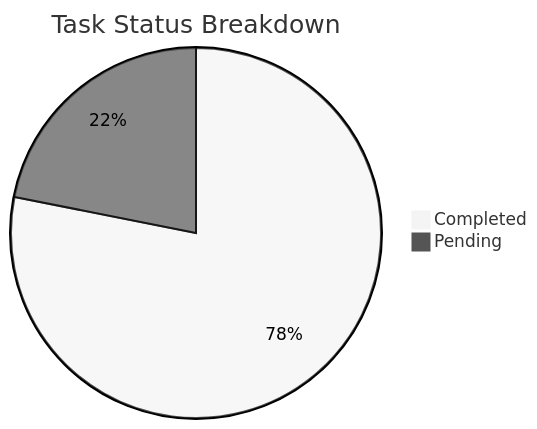
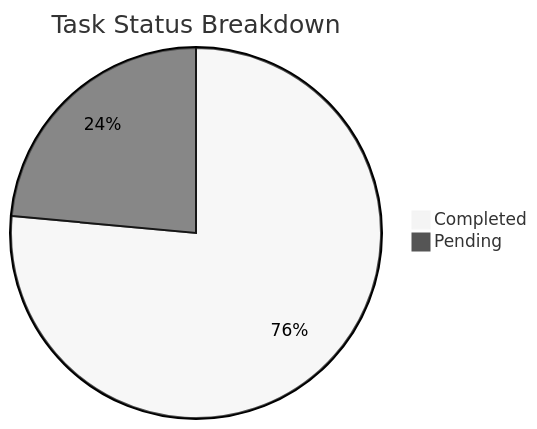
One commit to sagarms97/MyWorkDairy changed the first of 2 diagrams in Sanchay/Analytics.md. Above: the diagram before and after it, drawn with Mermaid (neutral theme). The commit also changed other lines of this file and 4 other files, not shown here.

````diff
--- a/Sanchay/Analytics.md
+++ b/Sanchay/Analytics.md
@@ -12,5 +12,5 @@
 ```mermaid
 pie title Task Status Breakdown
-    "Completed" : 25
-    "Pending" : 7
+    "Completed" : 26
+    "Pending" : 8
 ```
````
